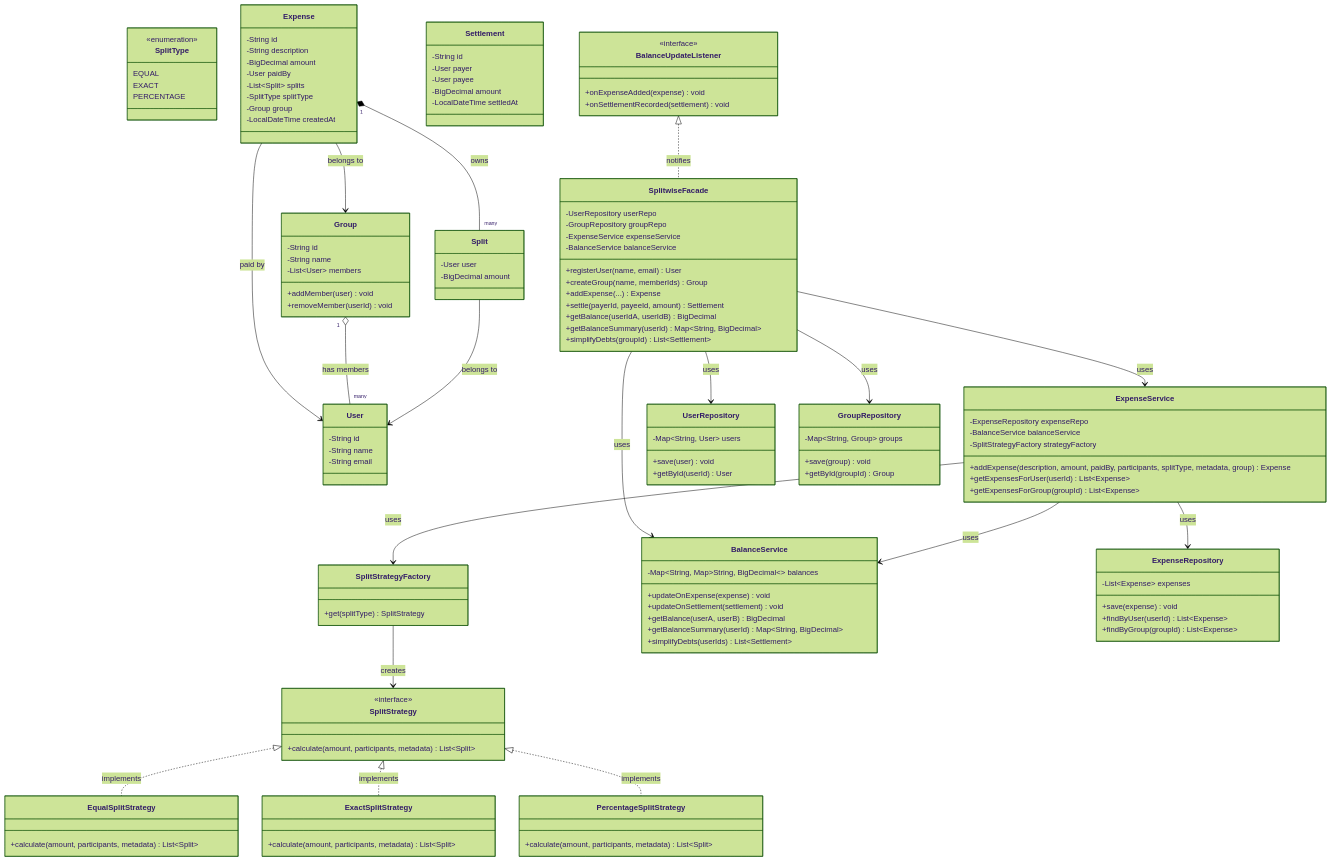
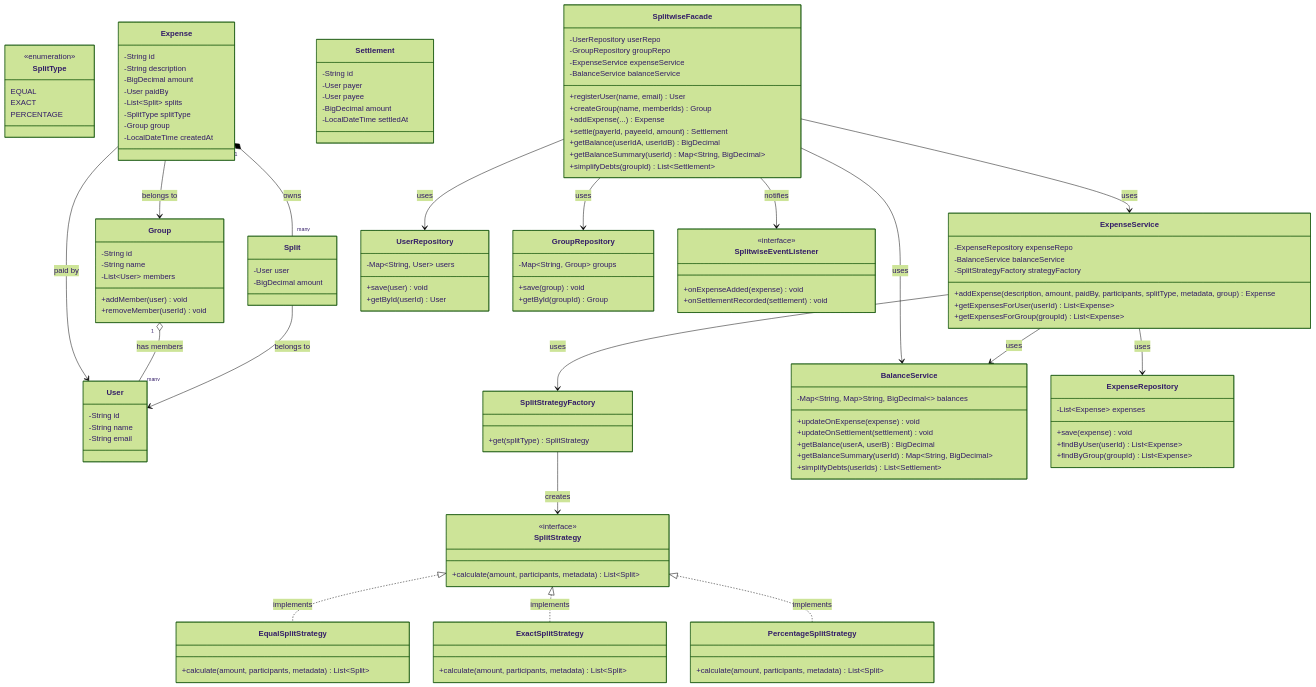
One commit to notthefakekowshik/LLD_prac changed the diagram in core-lld/src/main/java/com/lldprep/systems/splitwise/DESIGN_DICE.md. Above: the diagram before and after it, drawn with Mermaid (forest theme). The commit also changed other lines of this file and 42 other files, not shown here.

````diff
--- a/core-lld/src/main/java/com/lldprep/systems/splitwise/DESIGN_DICE.md
+++ b/core-lld/src/main/java/com/lldprep/systems/splitwise/DESIGN_DICE.md
@@ -208,7 +209,7 @@
         +findByGroup(groupId) List~Expense~
     }
 
-    class BalanceUpdateListener {
+    class SplitwiseEventListener {
         <<interface>>
         +onExpenseAdded(expense) void
         +onSettlementRecorded(settlement) void
@@ -234,5 +235,5 @@
     ExpenseService --> BalanceService : uses
     ExpenseService --> SplitStrategyFactory : uses
 
-    BalanceUpdateListener <|.. SplitwiseFacade : notifies
+    SplitwiseFacade --> SplitwiseEventListener : notifies
 ```
````
